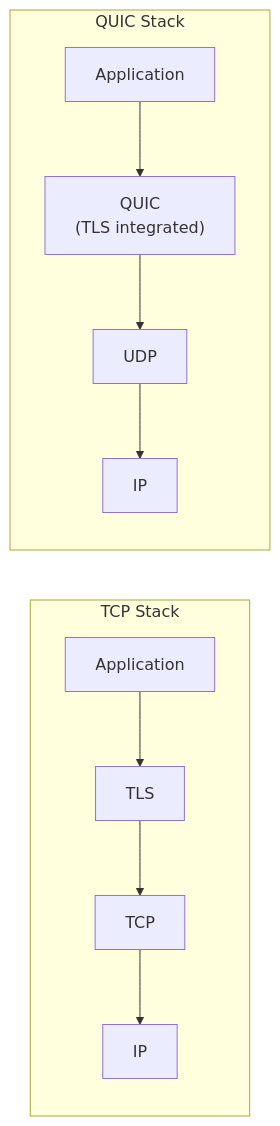
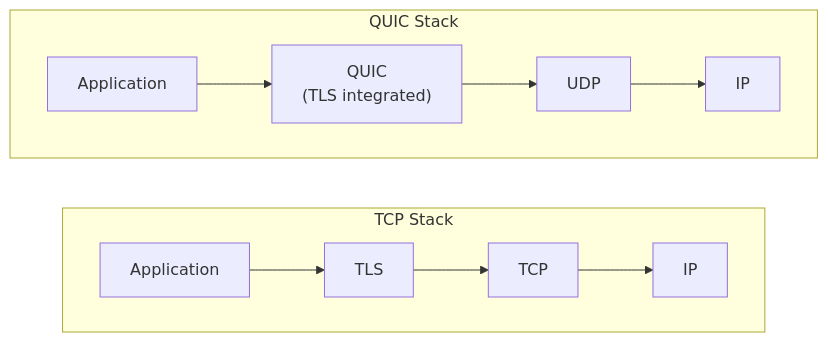
Before and after one commit to simonpainter/www.simonpainter.com: the first of 4 diagrams in blog/dns-dot-doh-doq.md, drawn with Mermaid.

Commit message:
Fix protocol stack diagram direction to left-to-right

````diff
--- a/blog/dns-dot-doh-doq.md
+++ b/blog/dns-dot-doh-doq.md
@@ -31,11 +31,11 @@
 ```mermaid
 flowchart LR
     subgraph TCP Stack
-        direction TB
+        direction LR
         A1[Application] --> B1[TLS] --> C1[TCP] --> D1[IP]
     end
     subgraph QUIC Stack
-        direction TB
+        direction LR
         A2[Application] --> B2["QUIC\n(TLS integrated)"] --> C2[UDP] --> D2[IP]
     end
 ```
````
